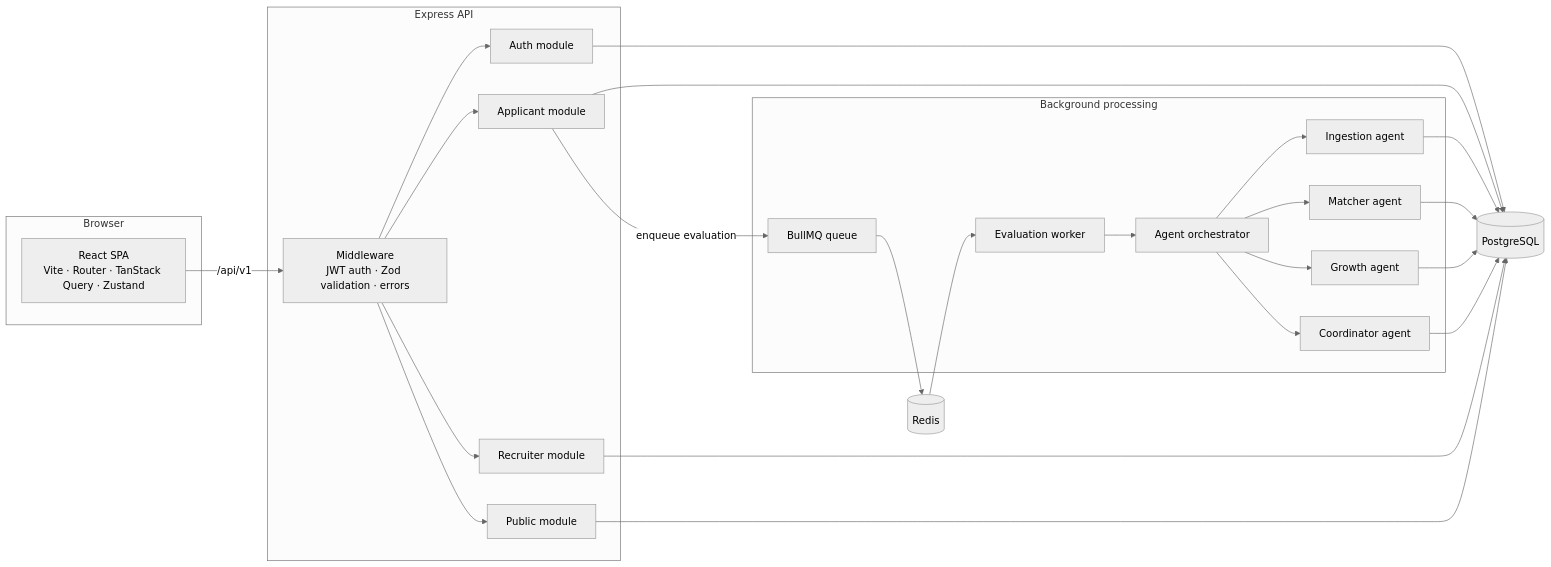
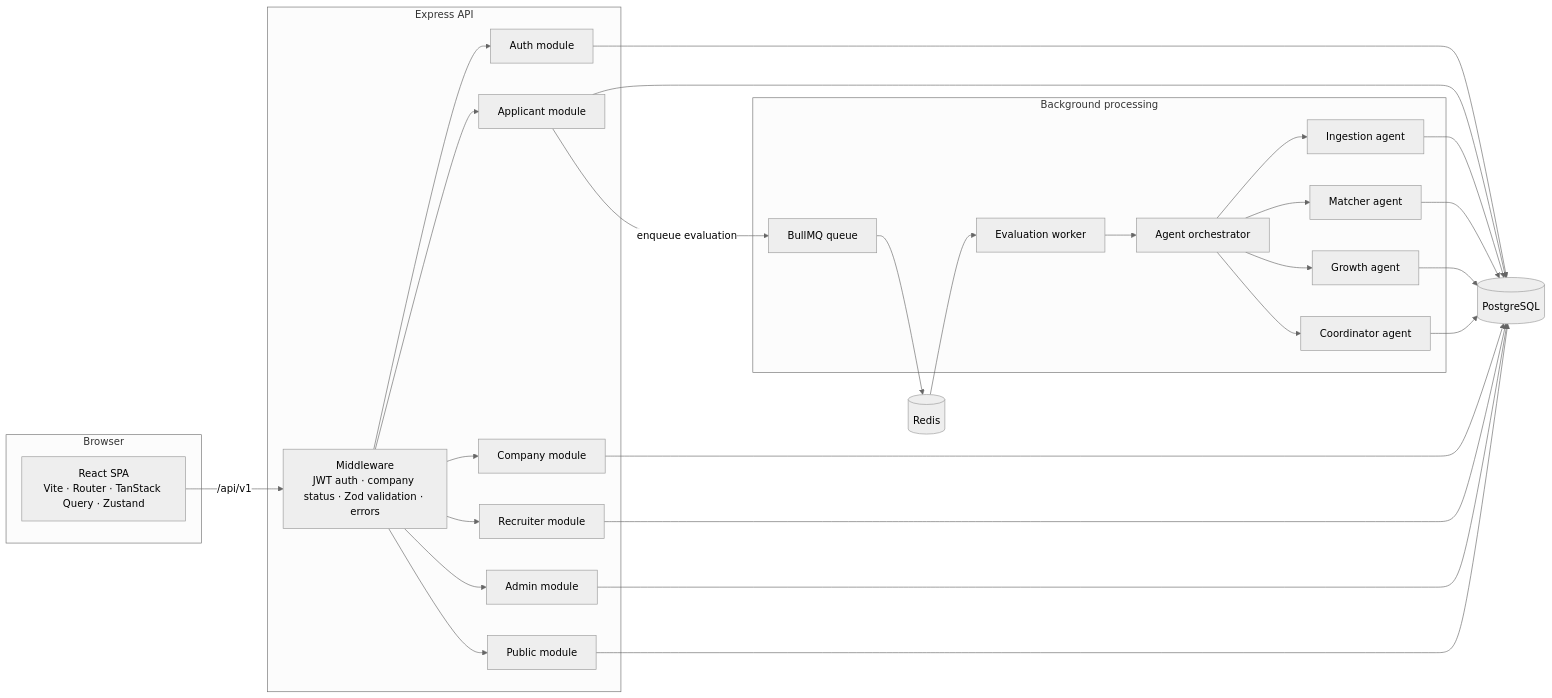
Before and after one commit to abderrahmenex86/Skillora: the second of 4 diagrams in README.md, drawn with Mermaid (neutral theme). The commit also changed other lines of this file and 1 other file, not shown here.

Commit message:
docs: align readme with current ui and diagrams

````diff
--- a/README.md
+++ b/README.md
@@ -124,51 +124,57 @@
 ```mermaid
 flowchart LR
     subgraph Client["Browser"]
         SPA["React SPA<br/>Vite · Router · TanStack Query · Zustand"]
     end
 
     subgraph API["Express API"]
-        MW["Middleware<br/>JWT auth · Zod validation · errors"]
+        MW["Middleware<br/>JWT auth · company status · Zod validation · errors"]
         AUTH["Auth module"]
         APP["Applicant module"]
+        COMP["Company module"]
         REC["Recruiter module"]
+        ADM["Admin module"]
         PUB["Public module"]
     end
 
     subgraph Async["Background processing"]
         QUEUE["BullMQ queue"]
         WORKER["Evaluation worker"]
         ORCH["Agent orchestrator"]
         ING["Ingestion agent"]
         MAT["Matcher agent"]
         GRO["Growth agent"]
         COORD["Coordinator agent"]
     end
 
     PG[("PostgreSQL")]
     REDIS[("Redis")]
 
     SPA -->|"/api/v1"| MW
     MW --> AUTH
     MW --> APP
+    MW --> COMP
     MW --> REC
+    MW --> ADM
     MW --> PUB
 
     AUTH --> PG
     APP --> PG
+    COMP --> PG
     REC --> PG
+    ADM --> PG
     PUB --> PG
 
     APP -->|"enqueue evaluation"| QUEUE
     QUEUE --> REDIS
     REDIS --> WORKER
     WORKER --> ORCH
     ORCH --> ING
     ORCH --> MAT
     ORCH --> GRO
     ORCH --> COORD
     ING --> PG
     MAT --> PG
     GRO --> PG
     COORD --> PG
 ```
````
